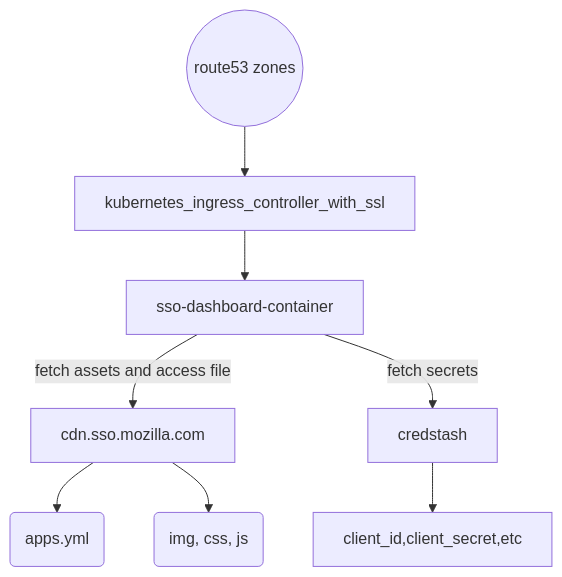
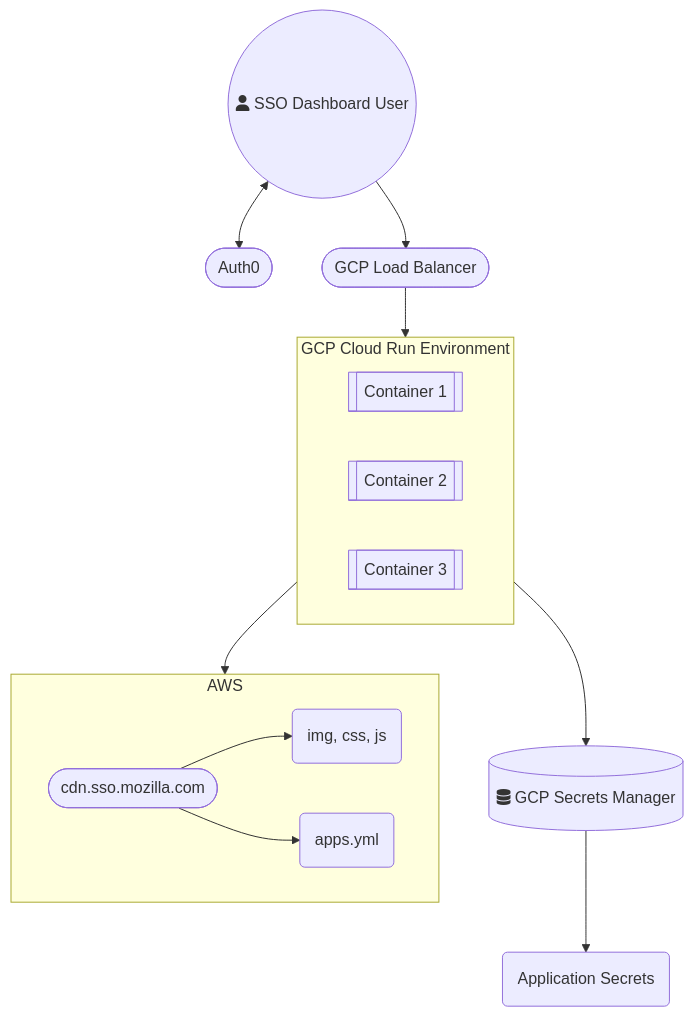
One commit to mozilla-iam/sso-dashboard changed the diagram in docs/architecture.mermaid. Above: the diagram before and after it, drawn with Mermaid. The commit also changed 24 other files, not shown here.

```diff
--- a/docs/architecture.mermaid
+++ b/docs/architecture.mermaid
@@ -1,13 +1,34 @@
 graph TD
 
-dns((route53 zones)) --> ingress_controller
+%% Define entites
+user((fa:fa-user SSO Dashboard User))
+idp([Auth0])
+gcpLoadBalancer([GCP Load Balancer])
+subgraph cloudrun [GCP Cloud Run Environment]
+    gcpCloudRunContainer1[[Container 1]]
+    gcpCloudRunContainer2[[Container 2]]
+    gcpCloudRunContainer3[[Container 3]]
+end
+subgraph CloudFrontCDN [AWS]
+    awsCDN([cdn.sso.mozilla.com])
+    appImages(img, css, js)
+    appAppsYaml(apps.yml)
+end
 
-ingress_controller[kubernetes_ingress_controller_with_ssl] -->
+gcpSecretsManager[(fa:fa-database GCP Secrets Manager)]
+appSecrets(Application Secrets)
 
-container[sso-dashboard-container] -- fetch assets and access file --> cdn[cdn.sso.mozilla.com]
+%% Define Flows
+user <--> idp
 
-container[sso-dashboard-container] -- fetch secrets --> credstash --> client_id,client_secret,etc
+user -->
+gcpLoadBalancer -->
+cloudrun -->
+CloudFrontCDN
 
-cdn[cdn.sso.mozilla.com] -->
-access_file(apps.yml)
-cdn[cdn.sso.mozilla.com] --> images(img, css, js)
+awsCDN --> appImages
+awsCDN --> appAppsYaml
+
+cloudrun -->
+gcpSecretsManager -->
+appSecrets
```
